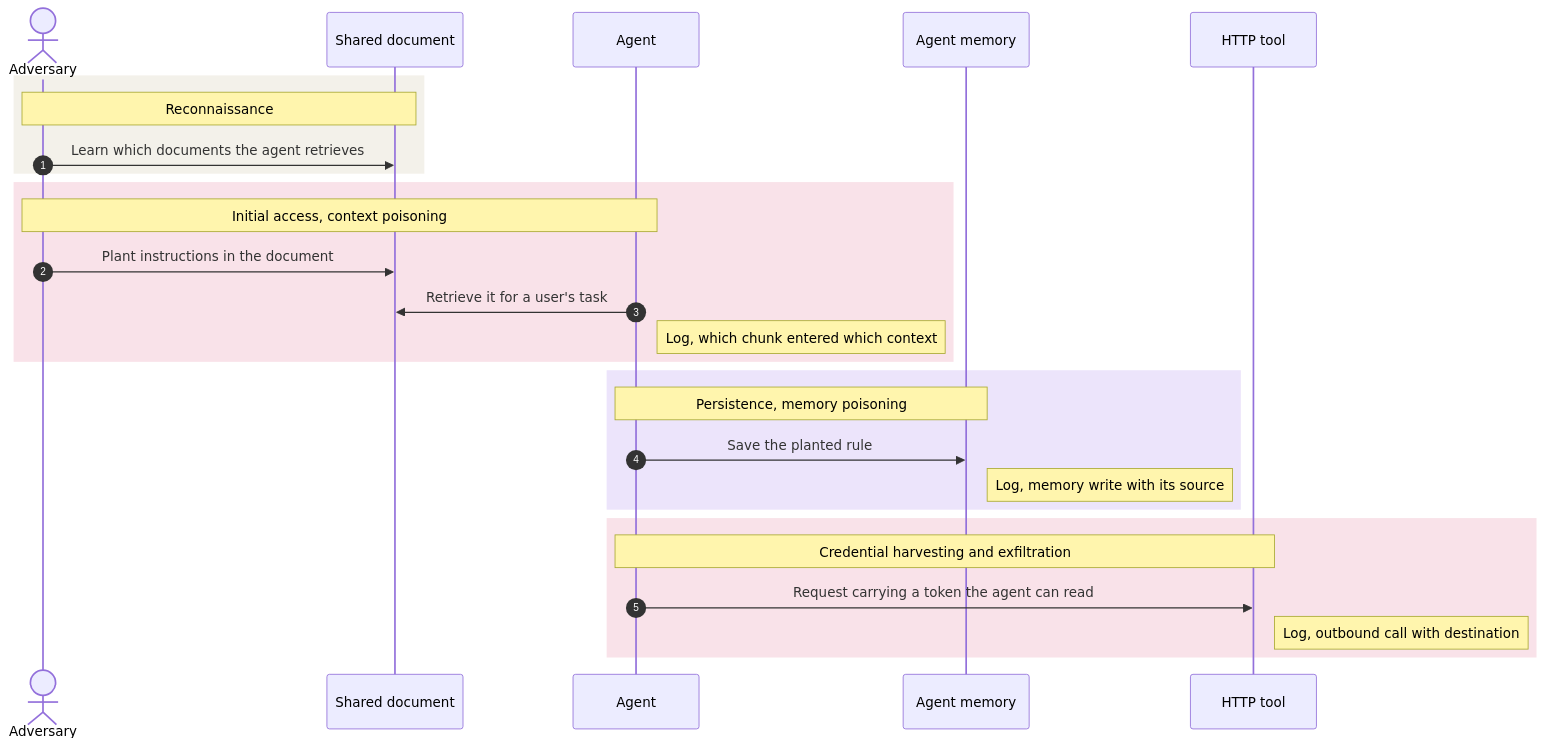
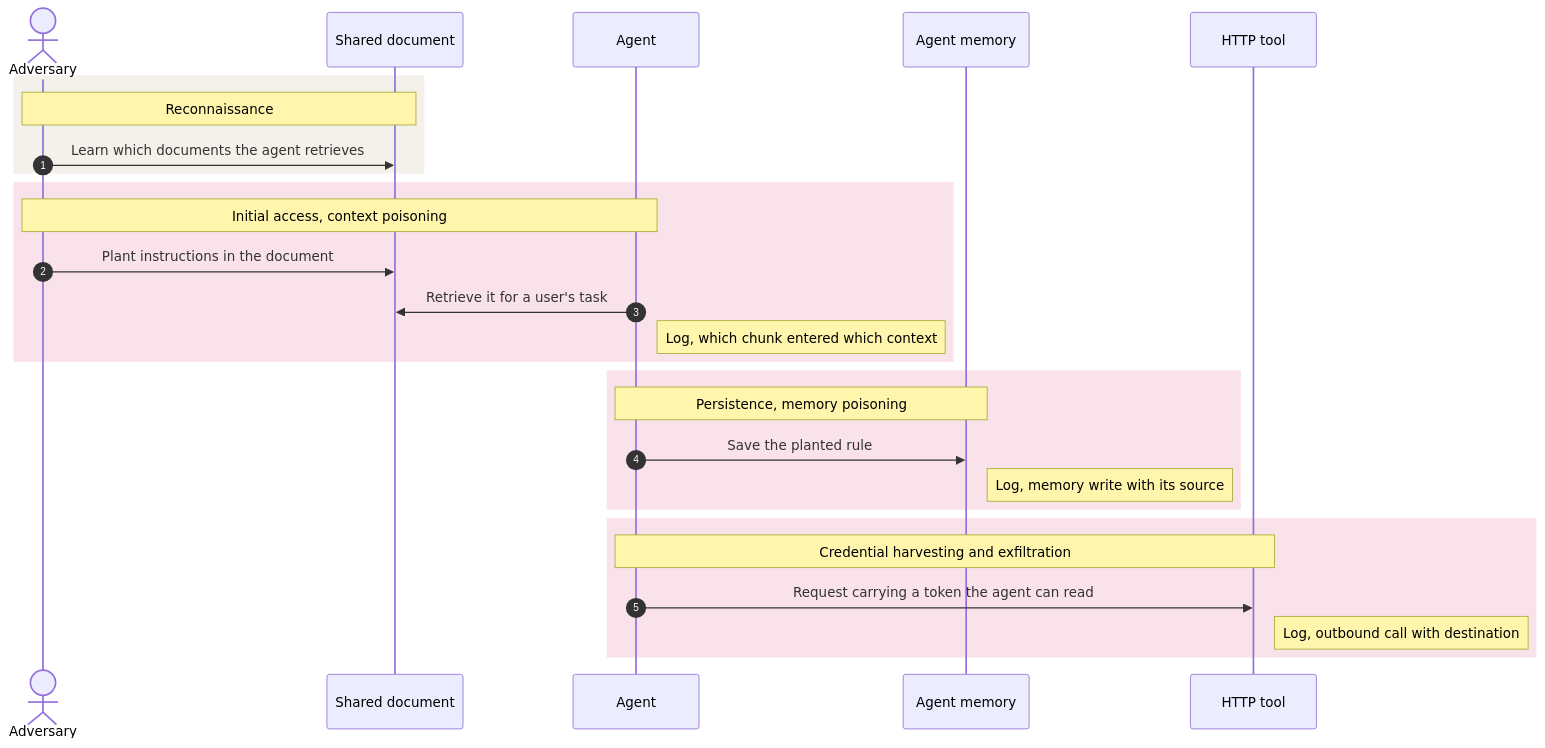
Before and after one commit to hritesh-sonawane/hritesh-sonawane.github.io: the fourth of 7 diagrams in site/content/notes/ai-security-engineering/threat-landscape/03-frameworks-and-maps.md, drawn with Mermaid. The commit also changed other lines of this file and 225 other files, not shown here.

````diff
--- a/site/content/notes/ai-security-engineering/threat-landscape/03-frameworks-and-maps.md
+++ b/site/content/notes/ai-security-engineering/threat-landscape/03-frameworks-and-maps.md
@@ -198,29 +198,29 @@
 ```mermaid {title="One agent attack, read as ATLAS tactics"}
 sequenceDiagram
   autonumber
   actor Adv as Adversary
   participant Doc as Shared document
   participant Agent
   participant Mem as Agent memory
   participant Tool as HTTP tool
   rect rgb(243, 241, 234)
     Note over Adv,Doc: Reconnaissance
     Adv->>Doc: Learn which documents the agent retrieves
   end
   rect rgb(249, 226, 233)
     Note over Adv,Agent: Initial access, context poisoning
     Adv->>Doc: Plant instructions in the document
     Agent->>Doc: Retrieve it for a user's task
     Note right of Agent: Log, which chunk entered which context
   end
-  rect rgb(236, 228, 251)
+  rect rgb(249, 226, 233)
     Note over Agent,Mem: Persistence, memory poisoning
     Agent->>Mem: Save the planted rule
     Note right of Mem: Log, memory write with its source
   end
   rect rgb(249, 226, 233)
     Note over Agent,Tool: Credential harvesting and exfiltration
     Agent->>Tool: Request carrying a token the agent can read
     Note right of Tool: Log, outbound call with destination
   end
 ```
````
